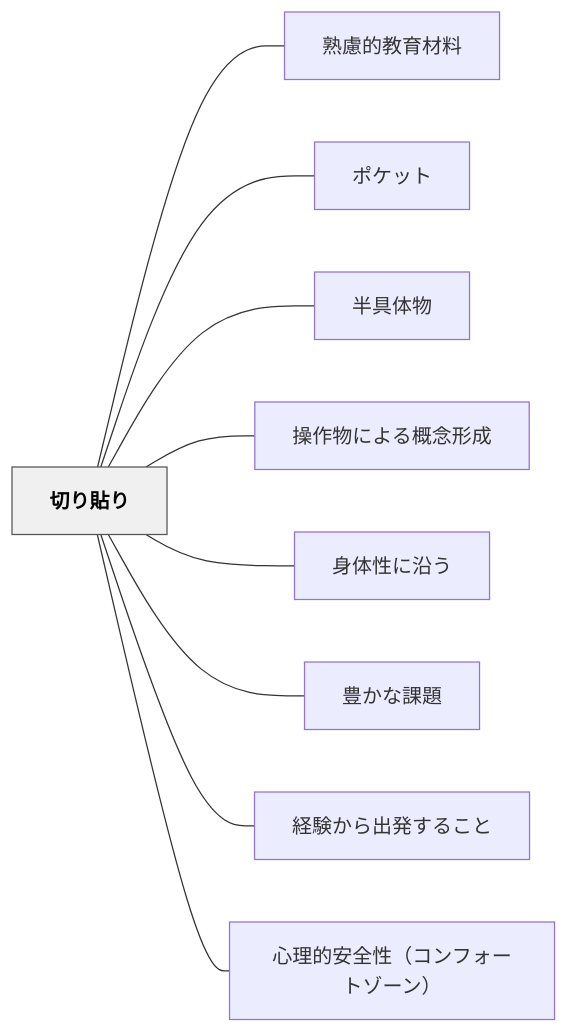
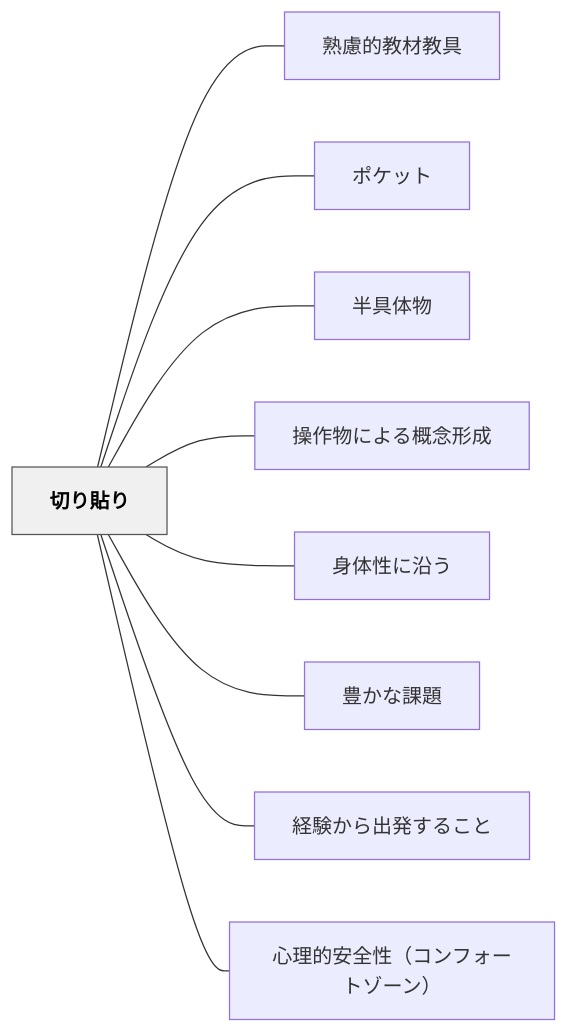
Before and after one commit to unknownthings-ed-patterns/unknownthings-ed-patterns: the diagram in content/パタン/切り貼り.md, drawn with Mermaid. The commit also changed other lines of this file and 72 other files, not shown here.

````diff
--- a/content/パタン/切り貼り.md
+++ b/content/パタン/切り貼り.md
@@ -89,24 +89,24 @@
 ```mermaid
 flowchart LR
     ne58887e3828ae8b2bce3828a["切り貼り"]
-    ne7869fe685aee79a84e69599e882b2e69d90e69699["熟慮的教育材料"]
+    ne7869fe685aee79a84e69599e69d90e69599e585b7["熟慮的教材教具"]
     ne3839de382b1e38383e38388["ポケット"]
     ne58d8ae585b7e4bd93e789a9["半具体物"]
     ne6938de4bd9ce789a9e381abe38288e3828be6a682e5bfb5e5bda2e68890["操作物による概念形成"]
     ne8baabe4bd93e680a7e381abe6b2bfe38186["身体性に沿う"]
     ne8b18ae3818be381aae8aab2e9a18c["豊かな課題"]
     ne7b58ce9a893e3818be38289e587bae799bae38199e3828be38193e381a8["経験から出発すること"]
     ne5bf83e79086e79a84e5ae89e585a8e680a7efbc88e382b3e383b3e38395e382a9e383bce38388e382bee383bce383b3efbc89["心理的安全性（コンフォートゾーン）"]
 
-    ne58887e3828ae8b2bce3828a --- ne7869fe685aee79a84e69599e882b2e69d90e69699
+    ne58887e3828ae8b2bce3828a --- ne7869fe685aee79a84e69599e69d90e69599e585b7
     ne58887e3828ae8b2bce3828a --- ne3839de382b1e38383e38388
     ne58887e3828ae8b2bce3828a --- ne58d8ae585b7e4bd93e789a9
     ne58887e3828ae8b2bce3828a --- ne6938de4bd9ce789a9e381abe38288e3828be6a682e5bfb5e5bda2e68890
     ne58887e3828ae8b2bce3828a --- ne8baabe4bd93e680a7e381abe6b2bfe38186
     ne58887e3828ae8b2bce3828a --- ne8b18ae3818be381aae8aab2e9a18c
     ne58887e3828ae8b2bce3828a --- ne7b58ce9a893e3818be38289e587bae799bae38199e3828be38193e381a8
     ne58887e3828ae8b2bce3828a --- ne5bf83e79086e79a84e5ae89e585a8e680a7efbc88e382b3e383b3e38395e382a9e383bce38388e382bee383bce383b3efbc89
 
     classDef hub fill:#f0f0f0,stroke:#555,color:#000,font-weight:bold
     class ne58887e3828ae8b2bce3828a hub
 ```
````
